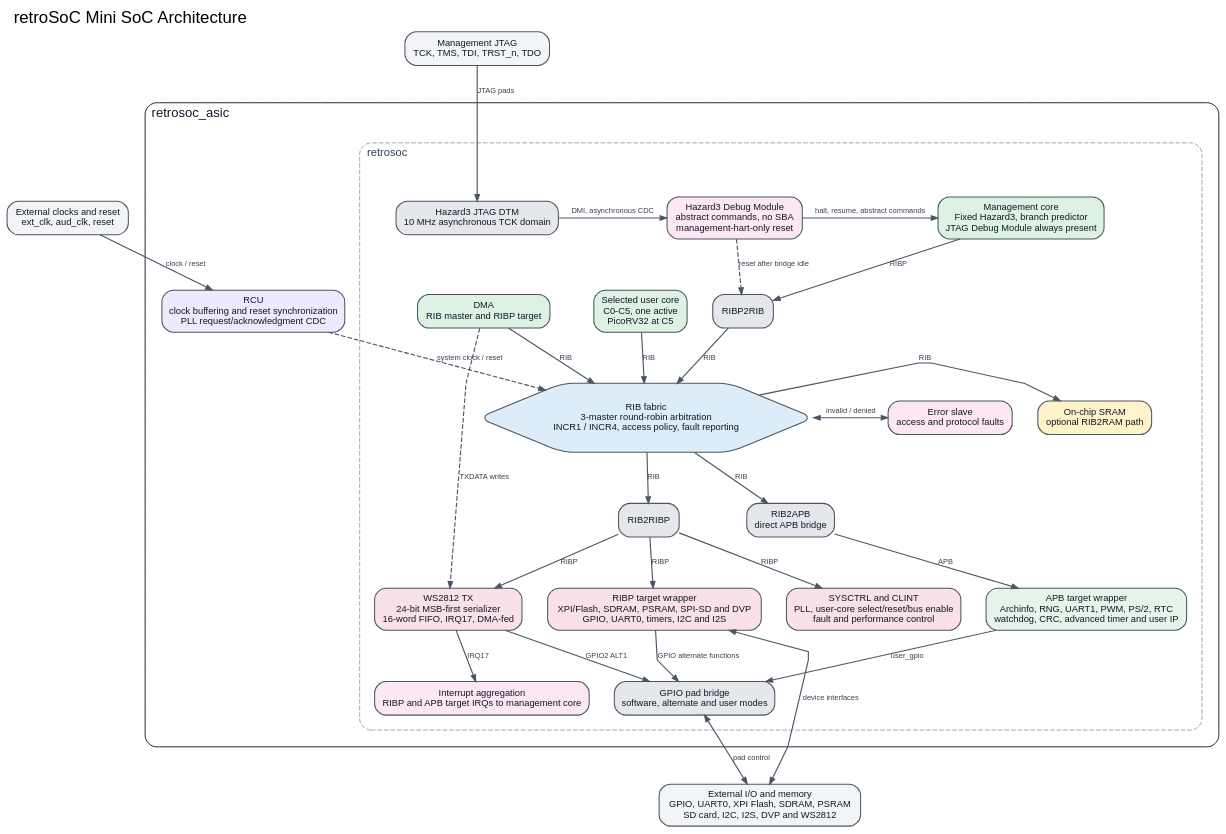
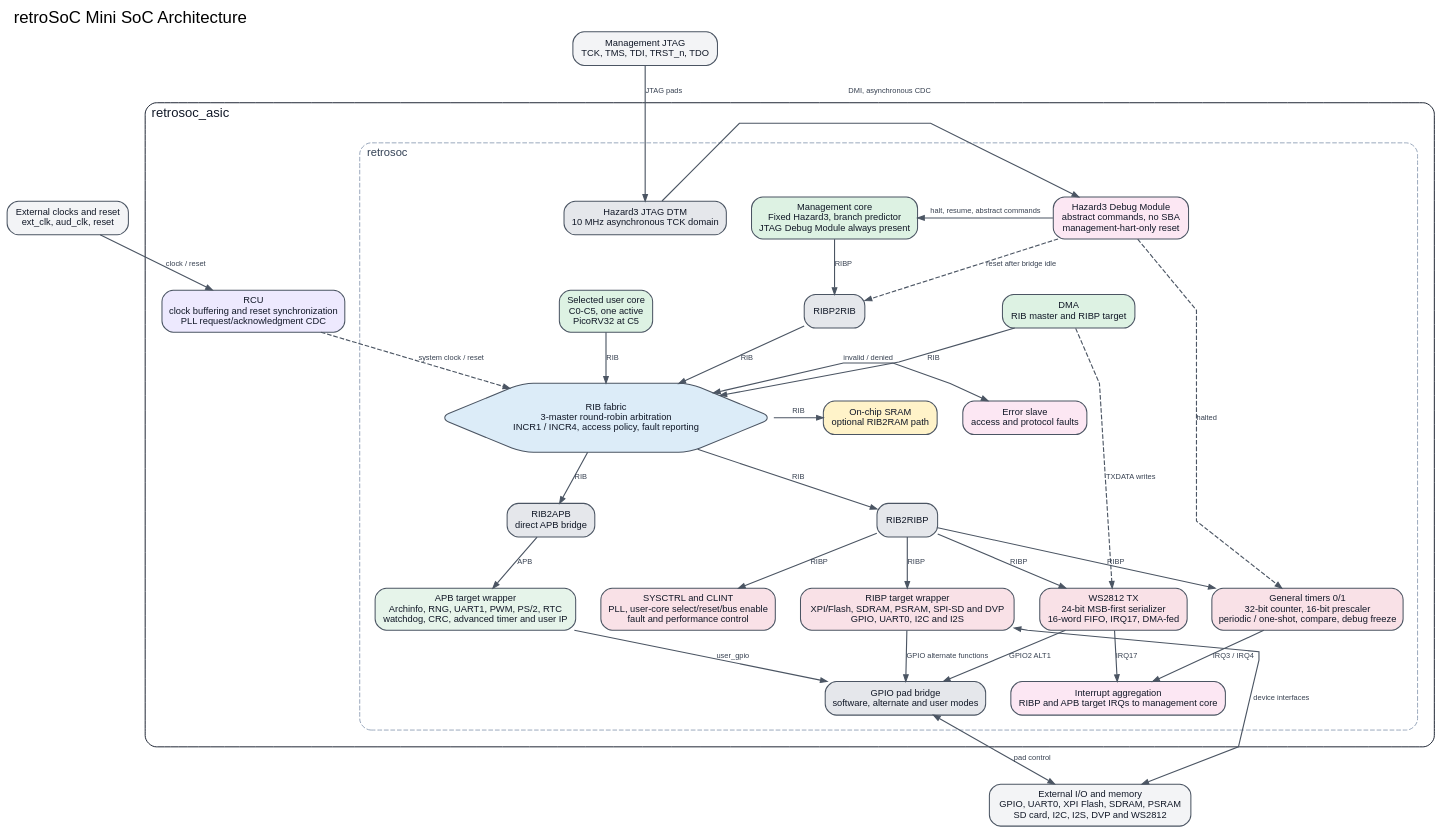
Before and after one commit to retroSoC/retroSoC: the diagram in docs/mini-soc-block-diagram.dot, drawn with Graphviz. The commit also changed 45 other files, not shown here.

```diff
--- a/docs/mini-soc-block-diagram.dot
+++ b/docs/mini-soc-block-diagram.dot
@@ -1,184 +1,191 @@
 // Mini SoC architecture overview.
 // Render with: dot -Tsvg docs/mini-soc-block-diagram.dot -o docs/mini-soc-block-diagram.svg
 // Sources of truth: rtl/mini/top/{retrosoc_asic,retrosoc,bus}.sv and
 // rtl/mini/integration/{soc_topology,user_extensions,clock_reset_domains}.json.
 digraph mini_soc_block_diagram {
   graph [
     bgcolor="transparent",
     compound=true,
     fontname="Arial",
     fontsize=18,
     label="retroSoC Mini SoC Architecture",
     labelloc="t",
     labeljust="l",
     newrank=true,
     nodesep=0.38,
     rankdir=TB,
     ranksep=0.62,
     splines=polyline
   ];
 
   node [
     color="#4B5563",
     fontcolor="#111827",
     fontname="Arial",
     fontsize=10,
     margin="0.12,0.08",
     penwidth=1.1,
     shape=box,
     style="rounded,filled"
   ];
   edge [
     arrowsize=0.7,
     color="#4B5563",
     fontcolor="#374151",
     fontname="Arial",
     fontsize=8,
     penwidth=1.2
   ];
 
   ext_clock [
     fillcolor="#F3F4F6",
     label="External clocks and reset\next_clk, aud_clk, reset"
   ];
   ext_io [
     fillcolor="#F3F4F6",
     label="External I/O and memory\nGPIO, UART0, XPI Flash, SDRAM, PSRAM\nSD card, I2C, I2S, DVP and WS2812"
   ];
   ext_jtag [
     fillcolor="#F3F4F6",
     label="Management JTAG\nTCK, TMS, TDI, TRST_n, TDO"
   ];
 
   subgraph cluster_asic {
     color="#111827";
     fontcolor="#111827";
     fontname="Arial";
     fontsize=14;
     label="retrosoc_asic";
     margin=18;
     style="rounded";
 
     rcu [
       fillcolor="#EDE9FE",
       label="RCU\nclock buffering and reset synchronization\nPLL request/acknowledgment CDC"
     ];
 
     subgraph cluster_soc {
       color="#94A3B8";
       fontcolor="#334155";
       fontname="Arial";
       fontsize=12;
       label="retrosoc";
       margin=16;
       style="rounded,dashed";
 
       mgmt_core [
         fillcolor="#DDF2E3",
         label="Management core\nFixed Hazard3, branch predictor\nJTAG Debug Module always present"
       ];
       jtag_dtm [
         fillcolor="#E5E7EB",
         label="Hazard3 JTAG DTM\n10 MHz asynchronous TCK domain"
       ];
       debug_module [
         fillcolor="#FCE7F3",
         label="Hazard3 Debug Module\nabstract commands, no SBA\nmanagement-hart-only reset"
       ];
       mgmt_adapter [
         fillcolor="#E5E7EB",
         label="RIBP2RIB"
       ];
       user_core [
         fillcolor="#DDF2E3",
         label="Selected user core\nC0-C5, one active\nPicoRV32 at C5"
       ];
       dma [
         fillcolor="#DDF2E3",
         label="DMA\nRIB master and RIBP target"
       ];
       fabric [
         fillcolor="#DCECF8",
         label="RIB fabric\n3-master round-robin arbitration\nINCR1 / INCR4, access policy, fault reporting",
         shape=hexagon
       ];
       fault [
         fillcolor="#FCE7F3",
         label="Error slave\naccess and protocol faults"
       ];
       sram [
         fillcolor="#FFF3C9",
         label="On-chip SRAM\noptional RIB2RAM path"
       ];
       ribp_adapter [
         fillcolor="#E5E7EB",
         label="RIB2RIBP"
       ];
       apb_adapter [
         fillcolor="#E5E7EB",
         label="RIB2APB\ndirect APB bridge"
       ];
       sysctrl [
         fillcolor="#F9E1E7",
         label="SYSCTRL and CLINT\nPLL, user-core select/reset/bus enable\nfault and performance control"
       ];
       ribp_targets [
         fillcolor="#F9E1E7",
-        label="RIBP target wrapper\nXPI/Flash, SDRAM, PSRAM, SPI-SD and DVP\nGPIO, UART0, timers, I2C and I2S"
+        label="RIBP target wrapper\nXPI/Flash, SDRAM, PSRAM, SPI-SD and DVP\nGPIO, UART0, I2C and I2S"
+      ];
+      timers [
+        fillcolor="#F9E1E7",
+        label="General timers 0/1\n32-bit counter, 16-bit prescaler\nperiodic / one-shot, compare, debug freeze"
       ];
       ws2812 [
         fillcolor="#F9E1E7",
         label="WS2812 TX\n24-bit MSB-first serializer\n16-word FIFO, IRQ17, DMA-fed"
       ];
       apb_targets [
         fillcolor="#E6F4EA",
         label="APB target wrapper\nArchinfo, RNG, UART1, PWM, PS/2, RTC\nwatchdog, CRC, advanced timer and user IP"
       ];
       gpio_bridge [
         fillcolor="#E5E7EB",
         label="GPIO pad bridge\nsoftware, alternate and user modes"
       ];
       irq [
         fillcolor="#FCE7F3",
         label="Interrupt aggregation\nRIBP and APB target IRQs to management core"
       ];
     }
   }
 
   { rank=same; jtag_dtm; debug_module; mgmt_core; }
   { rank=same; user_core; dma; }
   { rank=same; fault; fabric; sram; }
   { rank=same; ribp_adapter; apb_adapter; }
-  { rank=same; sysctrl; ribp_targets; ws2812; apb_targets; }
+  { rank=same; sysctrl; ribp_targets; timers; ws2812; apb_targets; }
   { rank=same; gpio_bridge; irq; }
 
   ext_clock -> rcu [label="clock / reset"];
   ext_jtag -> jtag_dtm [label="JTAG pads"];
   rcu -> fabric [label="system clock / reset", style=dashed];
 
   jtag_dtm -> debug_module [label="DMI, asynchronous CDC"];
   debug_module -> mgmt_core [label="halt, resume, abstract commands"];
   debug_module -> mgmt_adapter [label="reset after bridge idle", style=dashed];
+  debug_module -> timers [label="halted", style=dashed];
 
   mgmt_core -> mgmt_adapter [label="RIBP"];
   mgmt_adapter -> fabric [label="RIB"];
   user_core -> fabric [label="RIB"];
   dma -> fabric [label="RIB"];
 
   fabric -> fault [label="invalid / denied", dir=both];
   fabric -> sram [label="RIB"];
   fabric -> ribp_adapter [label="RIB"];
   fabric -> apb_adapter [label="RIB"];
   ribp_adapter -> sysctrl [label="RIBP"];
   ribp_adapter -> ribp_targets [label="RIBP"];
+  ribp_adapter -> timers [label="RIBP"];
   ribp_adapter -> ws2812 [label="RIBP"];
   apb_adapter -> apb_targets [label="APB"];
 
   ribp_targets -> gpio_bridge [label="GPIO alternate functions"];
+  timers -> irq [label="IRQ3 / IRQ4"];
   ws2812 -> gpio_bridge [label="GPIO2 ALT1"];
   dma -> ws2812 [label="TXDATA writes", style=dashed];
   ws2812 -> irq [label="IRQ17"];
   apb_targets -> gpio_bridge [label="user_gpio"];
   ribp_targets -> ext_io [dir=both, label="device interfaces"];
   gpio_bridge -> ext_io [dir=both, label="pad control"];
 }
```
